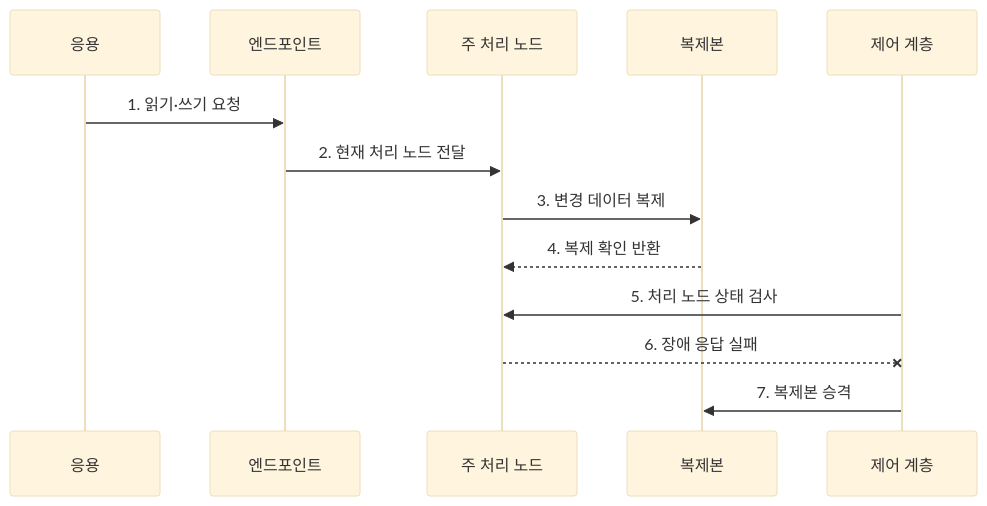
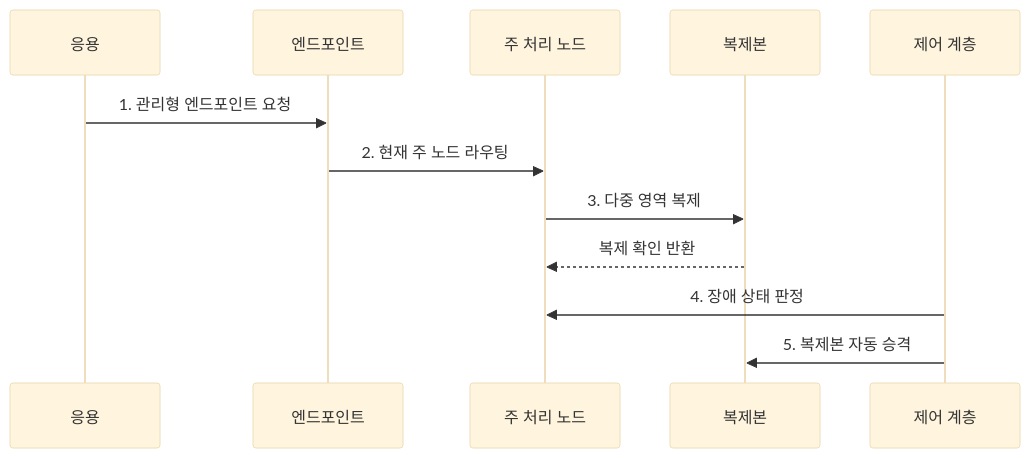
One commit to agnusdei1207/knowledge-base changed the second of 2 diagrams in src/content/docs/notes/03-software/113_cloud_database.md. Above: the diagram before and after it, drawn with Mermaid (base theme). The commit also changed other lines of this file and 238 other files, not shown here.

````diff
--- a/src/content/docs/notes/03-software/113_cloud_database.md
+++ b/src/content/docs/notes/03-software/113_cloud_database.md
@@ -80,15 +80,14 @@
 ```mermaid
 sequenceDiagram
     participant A as 응용
     participant E as 엔드포인트
     participant P as 주 처리 노드
     participant R as 복제본
     participant C as 제어 계층
-    A->>E: 1. 읽기·쓰기 요청
-    E->>P: 2. 현재 처리 노드 전달
-    P->>R: 3. 변경 데이터 복제
-    R-->>P: 4. 복제 확인 반환
-    C->>P: 5. 처리 노드 상태 검사
-    P--xC: 6. 장애 응답 실패
-    C->>R: 7. 복제본 승격
+    A->>E: 1. 관리형 엔드포인트 요청
+    E->>P: 2. 현재 주 노드 라우팅
+    P->>R: 3. 다중 영역 복제
+    R-->>P: 복제 확인 반환
+    C->>P: 4. 장애 상태 판정
+    C->>R: 5. 복제본 자동 승격
 ```
````
